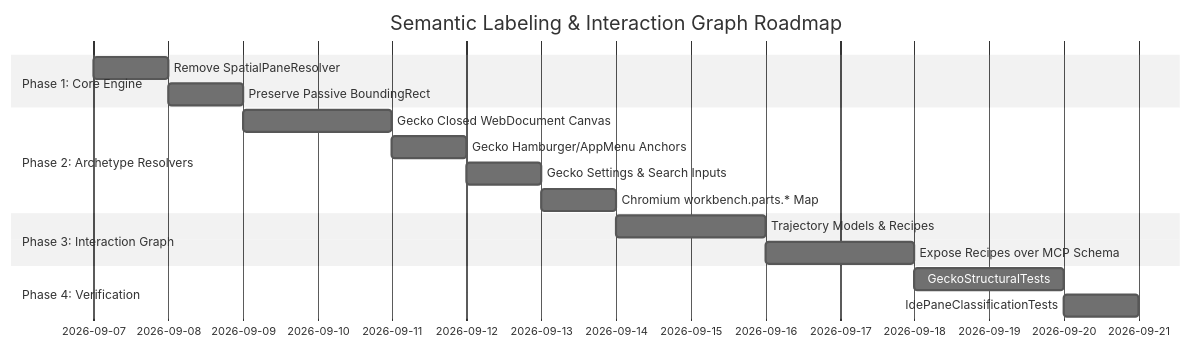
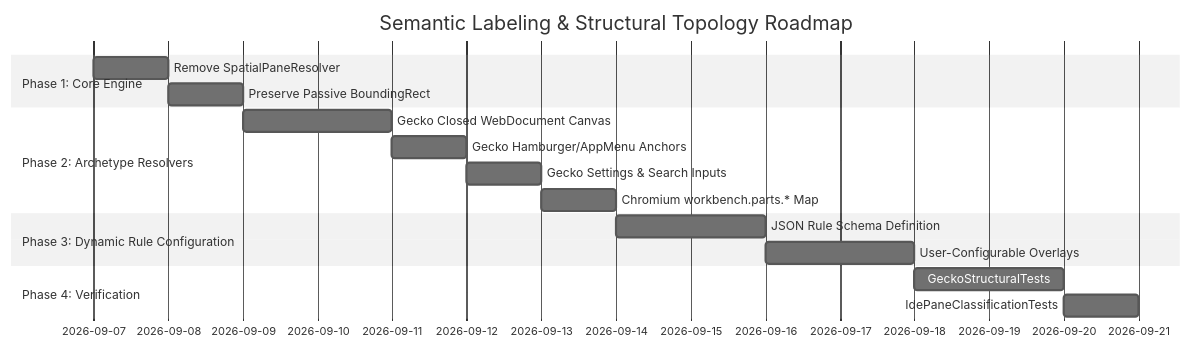
The diagram in docs/architecture/SEMANTIC_CLASSIFICATION_AND_INTERACTION_GRAPH_SPEC.md (amirf147/active-desktop-context-engine), drawn with Mermaid (neutral theme) before and after one commit. The commit also changed other lines of this file and 7 other files, not shown here.

````diff
--- a/docs/architecture/SEMANTIC_CLASSIFICATION_AND_INTERACTION_GRAPH_SPEC.md
+++ b/docs/architecture/SEMANTIC_CLASSIFICATION_AND_INTERACTION_GRAPH_SPEC.md
@@ -229,19 +183,19 @@
 ```mermaid
 gantt
-    title Semantic Labeling & Interaction Graph Roadmap
+    title Semantic Labeling & Structural Topology Roadmap
     dateFormat  YYYY-MM-DD
     section Phase 1: Core Engine
     Remove SpatialPaneResolver      :p1_1, 2026-09-07, 1d
     Preserve Passive BoundingRect   :p1_2, after p1_1, 1d
     section Phase 2: Archetype Resolvers
     Gecko Closed WebDocument Canvas :p2_1, after p1_2, 2d
     Gecko Hamburger/AppMenu Anchors :p2_2, after p2_1, 1d
     Gecko Settings & Search Inputs  :p2_3, after p2_2, 1d
     Chromium workbench.parts.* Map  :p2_4, after p2_3, 1d
-    section Phase 3: Interaction Graph
-    Trajectory Models & Recipes     :p3_1, after p2_4, 2d
-    Expose Recipes over MCP Schema  :p3_2, after p3_1, 2d
+    section Phase 3: Dynamic Rule Configuration
+    JSON Rule Schema Definition     :p3_1, after p2_4, 2d
+    User-Configurable Overlays      :p3_2, after p3_1, 2d
     section Phase 4: Verification
     GeckoStructuralTests            :p4_1, after p3_2, 2d
     IdePaneClassificationTests      :p4_2, after p4_1, 1d
 ```
````
